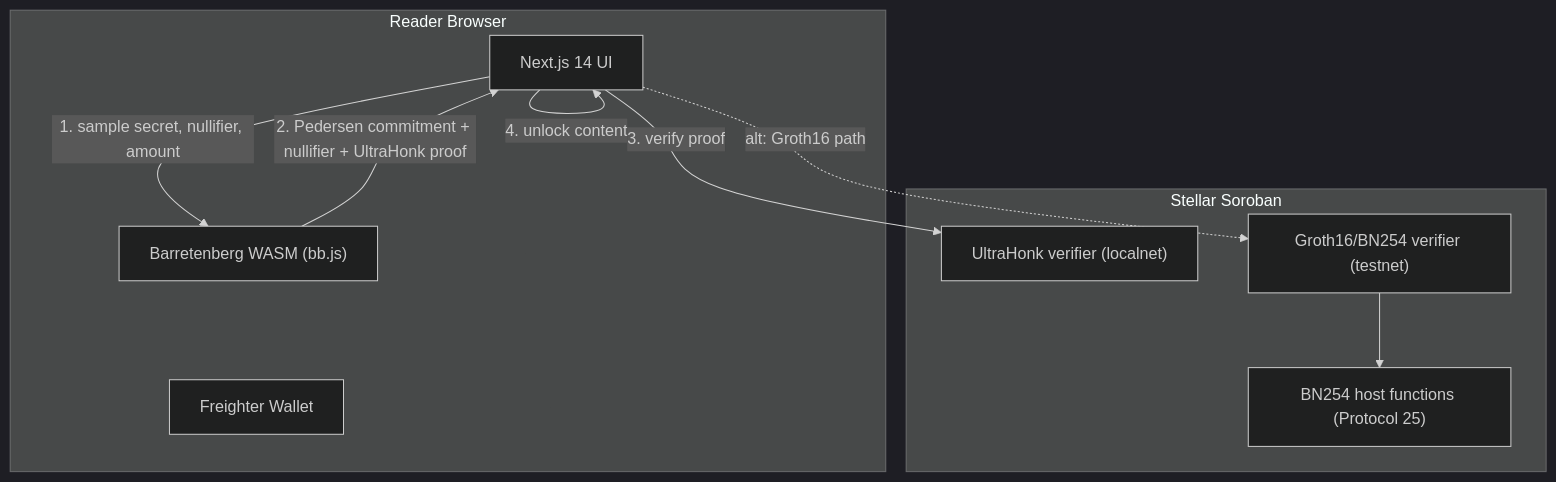
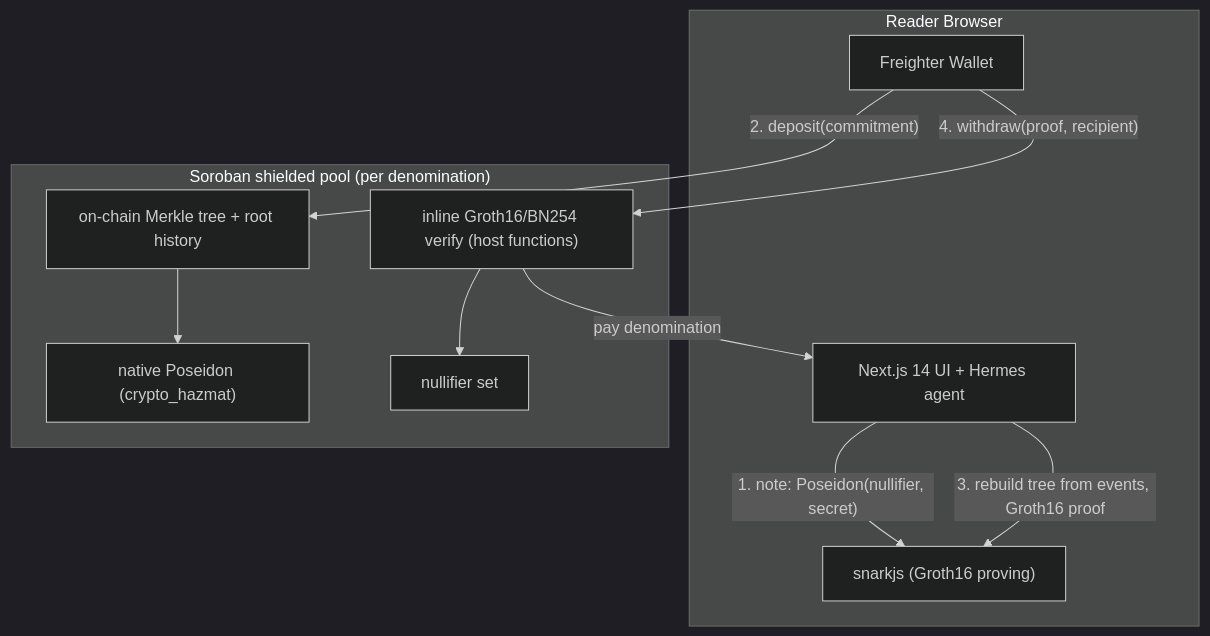
Before and after one commit to JulioMCruz/VeilGate: the diagram in README.md, drawn with Mermaid (dark theme). The commit also changed other lines of this file and 1 other file, not shown here.

First line of the commit message:
docs: rewrite root README for the final architecture + add a testnet demo

````diff
--- a/README.md
+++ b/README.md
@@ -67,21 +96,23 @@
 ```mermaid
 flowchart TB
     subgraph Reader["Reader Browser"]
-        UI["Next.js 14 UI"]
-        BB["Barretenberg WASM (bb.js)"]
+        UI["Next.js 14 UI + Hermes agent"]
+        SJ["snarkjs (Groth16 proving)"]
         FW["Freighter Wallet"]
     end
 
-    subgraph Stellar["Stellar Soroban"]
-        VH["UltraHonk verifier (localnet)"]
-        VG["Groth16/BN254 verifier (testnet)"]
-        HF["BN254 host functions (Protocol 25)"]
+    subgraph Pool["Soroban shielded pool (per denomination)"]
+        TREE["on-chain Merkle tree + root history"]
+        POS["native Poseidon (crypto_hazmat)"]
+        VER["inline Groth16/BN254 verify (host functions)"]
+        NUL["nullifier set"]
     end
 
-    UI -->|"1. sample secret, nullifier, amount"| BB
-    BB -->|"2. Pedersen commitment + nullifier + UltraHonk proof"| UI
-    UI -->|"3. verify proof"| VH
-    UI -. "alt: Groth16 path" .-> VG
-    VG --> HF
-    UI -->|"4. unlock content"| UI
+    UI -->|"1. note: Poseidon(nullifier, secret)"| SJ
+    FW -->|"2. deposit(commitment)"| TREE
+    TREE --> POS
+    UI -->|"3. rebuild tree from events, Groth16 proof"| SJ
+    FW -->|"4. withdraw(proof, recipient)"| VER
+    VER --> NUL
+    VER -->|"pay denomination"| UI
 ```
````
